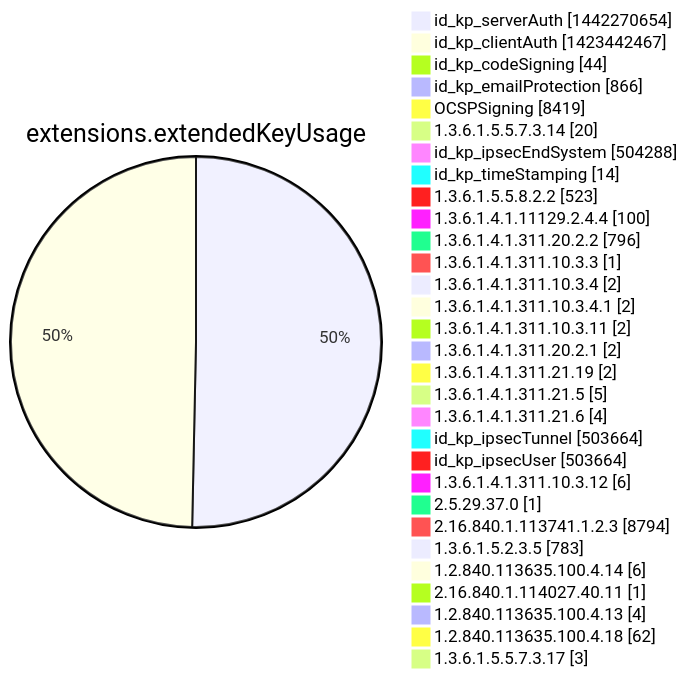
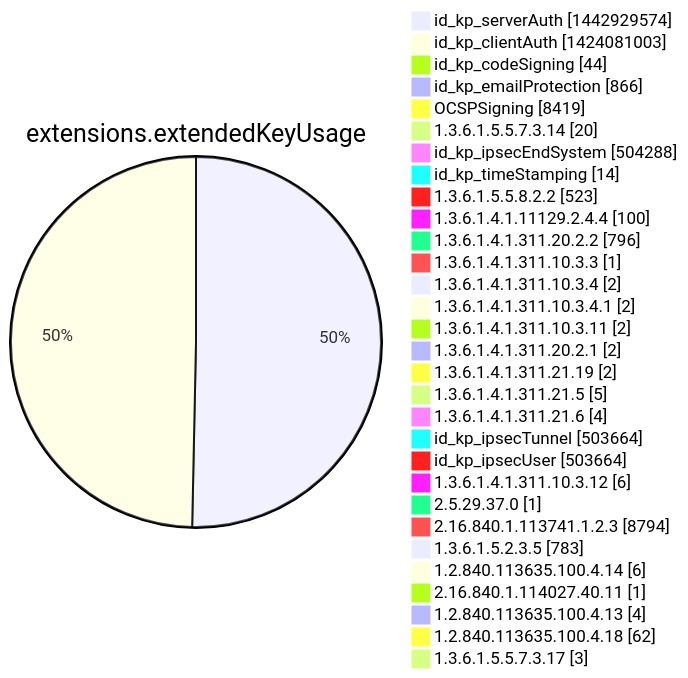
One commit to christiankrug/ctmonitor_visualization changed diagram 12 of 15 in argon2022/README.md. Above: the diagram before and after it, drawn with Mermaid. The commit also changed other lines of this file, not shown here.

````diff
--- a/argon2022/README.md
+++ b/argon2022/README.md
@@ -3555,34 +3555,34 @@
 ```mermaid
 pie showData
 title extensions.extendedKeyUsage
-"id_kp_serverAuth" :1442270654
-"id_kp_clientAuth" :1423442467
+"id_kp_serverAuth" :1442929574
+"id_kp_clientAuth" :1424081003
 "id_kp_codeSigning" :44
 "id_kp_emailProtection" :866
 "OCSPSigning" :8419
 "1.3.6.1.5.5.7.3.14" :20
 "id_kp_ipsecEndSystem" :504288
 "id_kp_timeStamping" :14
 "1.3.6.1.5.5.8.2.2" :523
 "1.3.6.1.4.1.11129.2.4.4" :100
 "1.3.6.1.4.1.311.20.2.2" :796
 "1.3.6.1.4.1.311.10.3.3" :1
 "1.3.6.1.4.1.311.10.3.4" :2
 "1.3.6.1.4.1.311.10.3.4.1" :2
 "1.3.6.1.4.1.311.10.3.11" :2
 "1.3.6.1.4.1.311.20.2.1" :2
 "1.3.6.1.4.1.311.21.19" :2
 "1.3.6.1.4.1.311.21.5" :5
 "1.3.6.1.4.1.311.21.6" :4
 "id_kp_ipsecTunnel" :503664
 "id_kp_ipsecUser" :503664
 "1.3.6.1.4.1.311.10.3.12" :6
 "2.5.29.37.0" :1
 "2.16.840.1.113741.1.2.3" :8794
 "1.3.6.1.5.2.3.5" :783
 "1.2.840.113635.100.4.14" :6
 "2.16.840.1.114027.40.11" :1
 "1.2.840.113635.100.4.13" :4
 "1.2.840.113635.100.4.18" :62
 "1.3.6.1.5.5.7.3.17" :3
 ```
````
